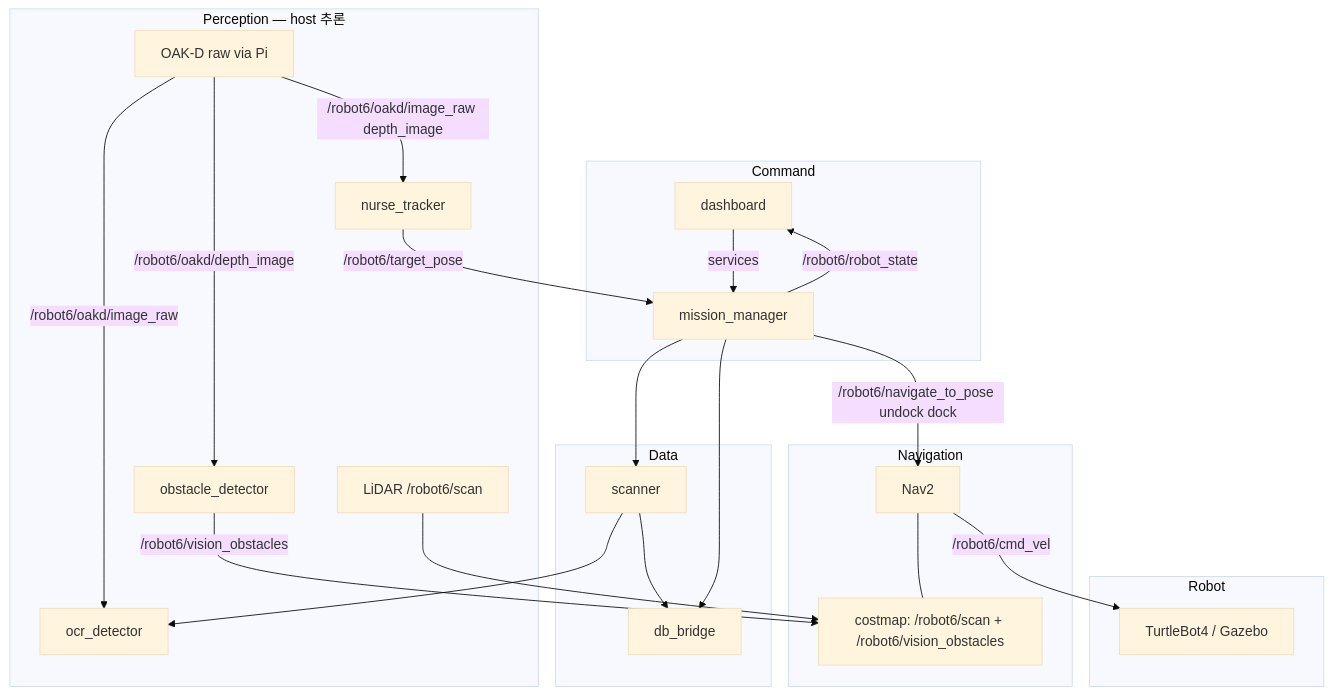
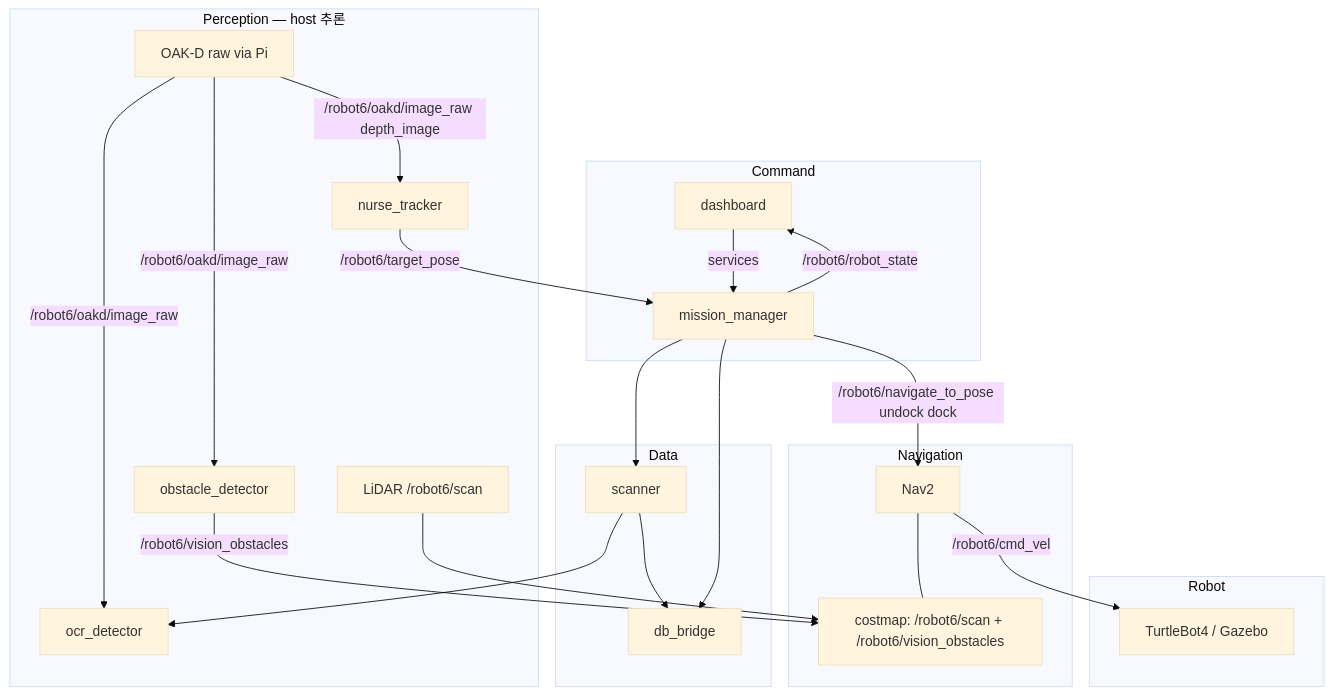
One commit to yevettee/MediCart changed the second of 8 diagrams in docs/architecture/01_system_architecture.md. Above: the diagram before and after it, drawn with Mermaid (base theme). The commit also changed other lines of this file and 18 other files, not shown here.

````diff
--- a/docs/architecture/01_system_architecture.md
+++ b/docs/architecture/01_system_architecture.md
@@ -41,45 +41,45 @@
 ```mermaid
 flowchart TB
     subgraph command [Command]
         dash["dashboard"]
         mm["mission_manager"]
         dash -->|services| mm
     end
 
     subgraph perception [Perception — host 추론]
         oakd["OAK-D raw via Pi"]
         nt["nurse_tracker"]
         od["obstacle_detector"]
         ocr["ocr_detector"]
         lidar["LiDAR /robot6/scan"]
         oakd -->|/robot6/oakd/image_raw depth_image| nt
-        oakd -->|/robot6/oakd/depth_image| od
+        oakd -->|/robot6/oakd/image_raw| od
         oakd -->|/robot6/oakd/image_raw| ocr
     end
 
     subgraph nav [Navigation]
         nav2["Nav2"]
         costmap["costmap: /robot6/scan + /robot6/vision_obstacles"]
         nav2 --- costmap
     end
 
     subgraph robot [Robot]
         tb["TurtleBot4 / Gazebo"]
     end
 
     subgraph data [Data]
         db["db_bridge"]
         sc["scanner"]
         mm --> sc
         sc --> ocr
         sc --> db
         mm --> db
     end
 
     mm -->|/robot6/navigate_to_pose undock dock| nav2
     nt -->|/robot6/target_pose| mm
     od -->|/robot6/vision_obstacles| costmap
     lidar --> costmap
     nav2 -->|/robot6/cmd_vel| tb
     mm -->|/robot6/robot_state| dash
 ```
````
